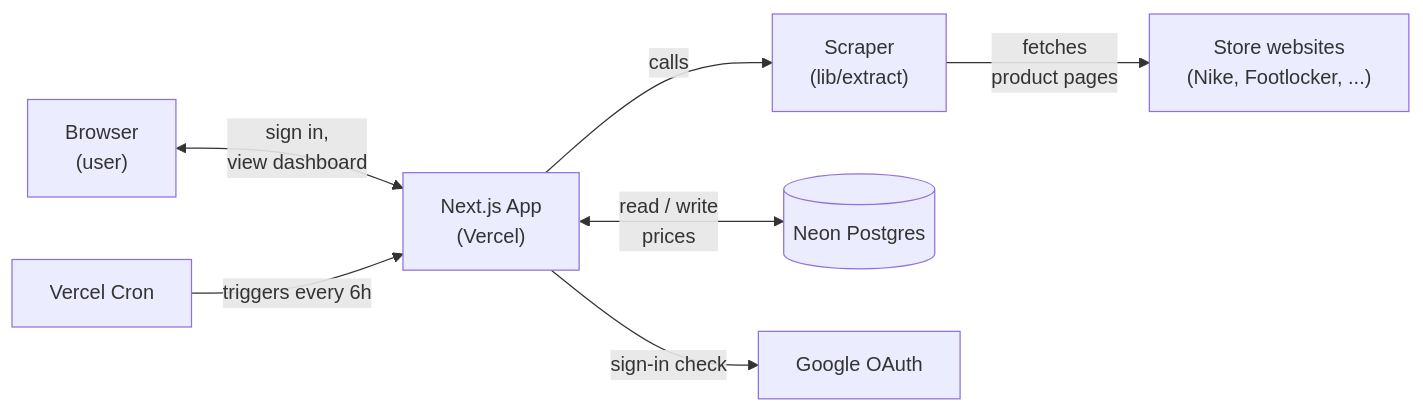
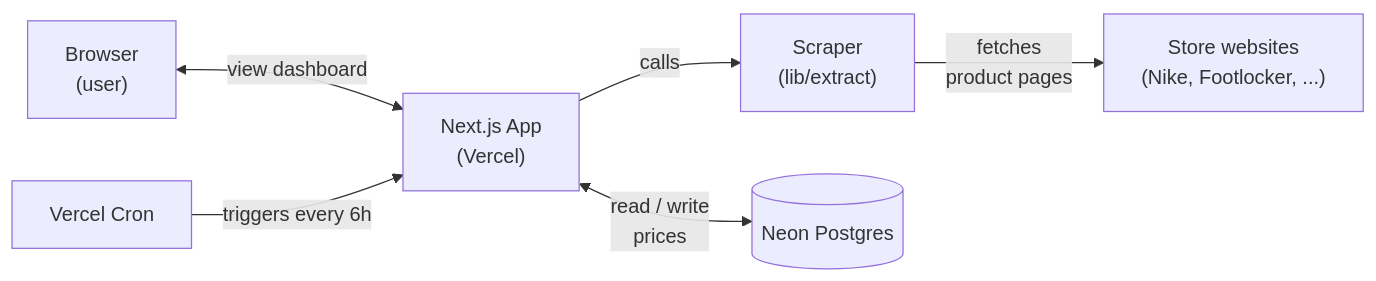
The diagram in docs/architecture-simple.mmd (liranmeir/price-watch), drawn with Mermaid before and after one commit. The commit also changed 16 other files, not shown here.

```diff
--- a/docs/architecture-simple.mmd
+++ b/docs/architecture-simple.mmd
@@ -1,15 +1,13 @@
 flowchart LR
     User["Browser<br/>(user)"]
     App["Next.js App<br/>(Vercel)"]
     Scraper["Scraper<br/>(lib/extract)"]
     DB[("Neon Postgres")]
     Cron["Vercel Cron"]
     Stores["Store websites<br/>(Nike, Footlocker, ...)"]
-    Google["Google OAuth"]
 
-    User <-- "sign in,<br/>view dashboard" --> App
+    User <-- "view dashboard" --> App
     App <-- "read / write<br/>prices" --> DB
     Cron -- "triggers every 6h" --> App
     App -- "calls" --> Scraper
     Scraper -- "fetches<br/>product pages" --> Stores
-    App -- "sign-in check" --> Google
```
